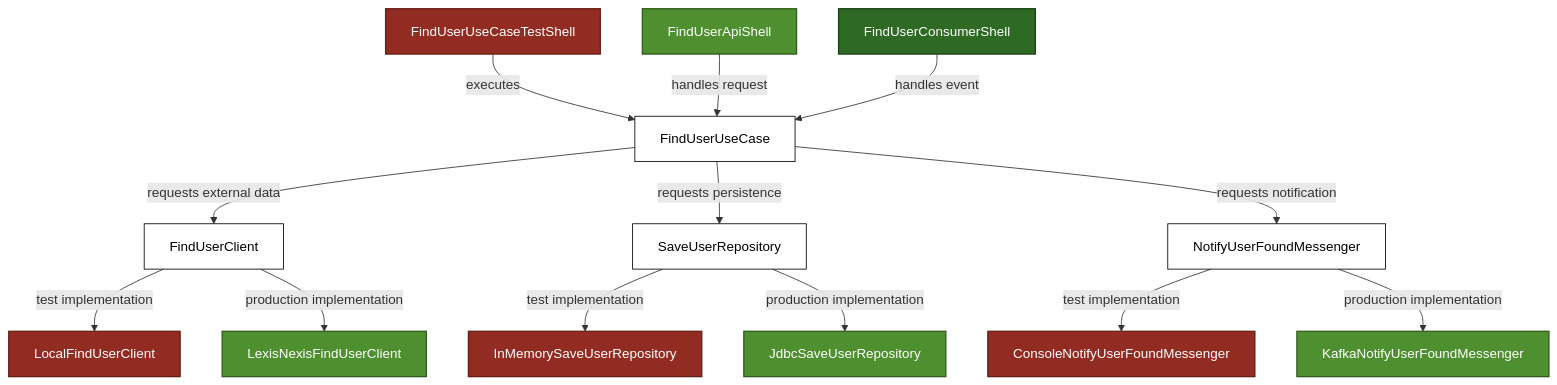
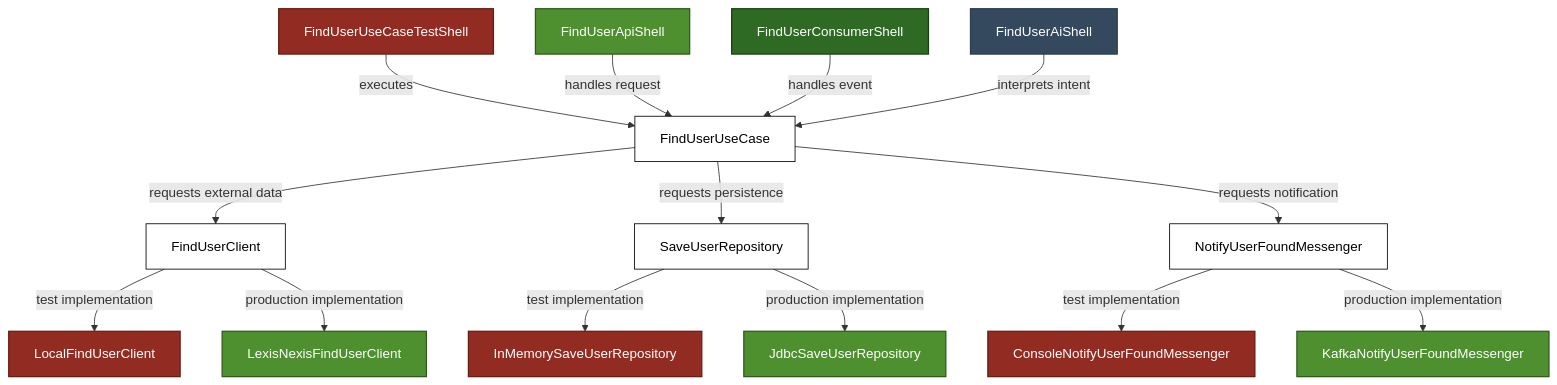
Before and after one commit to hermi-projects/hermi: the diagram in README.md, drawn with Mermaid.

Commit message:
docs: Add AI MCP server shell

````diff
--- a/README.md
+++ b/README.md
@@ -575,40 +575,43 @@
 ```mermaid
 graph TD
     %% Test Shell
     A[FindUserUseCaseTestShell] -->|executes| U[FindUserUseCase]
 
     %% API Shell
     B[FindUserApiShell] -->|handles request| U
 
     %% Consumer Shell
     C[FindUserConsumerShell] -->|handles event| U
+
+    %% AI Shell (New Entry Point)
+    D_AI[FindUserAiShell] -->|interprets intent| U
 
     %% Use Case -> Contracts
     U -->|requests external data| D[FindUserClient]
     U -->|requests persistence| E[SaveUserRepository]
     U -->|requests notification| F[NotifyUserFoundMessenger]
 
     %% Test Implementations
     D -->|test implementation| G[LocalFindUserClient]
     E -->|test implementation| H[InMemorySaveUserRepository]
     F -->|test implementation| I[ConsoleNotifyUserFoundMessenger]
 
     %% Production Implementations
     D -->|production implementation| J[LexisNexisFindUserClient]
     E -->|production implementation| K[JdbcSaveUserRepository]
     F -->|production implementation| L[KafkaNotifyUserFoundMessenger]
 
-    %% Darker backgrounds + stronger contrast
+    %% Styling
     classDef test fill:#922B21,color:#FFFFFF,stroke:#641E16,stroke-width:1.5px
     classDef api fill:#4E8F2F,color:#FFFFFF,stroke:#2F5A1C,stroke-width:1.5px
     classDef consumer fill:#2E6A24,color:#FFFFFF,stroke:#1B3F15,stroke-width:1.5px
-
-    %% Core stays clean
+    classDef ai fill:#34495E,color:#FFFFFF,stroke:#2C3E50,stroke-width:1.5px
     classDef core fill:#FFFFFF,color:#000000,stroke:#000000,stroke-width:1px
 
     %% Assign classes
     class A,G,H,I test
     class B,J,K,L api
     class C consumer
+    class D_AI ai
     class U,D,E,F core
 ```
````
